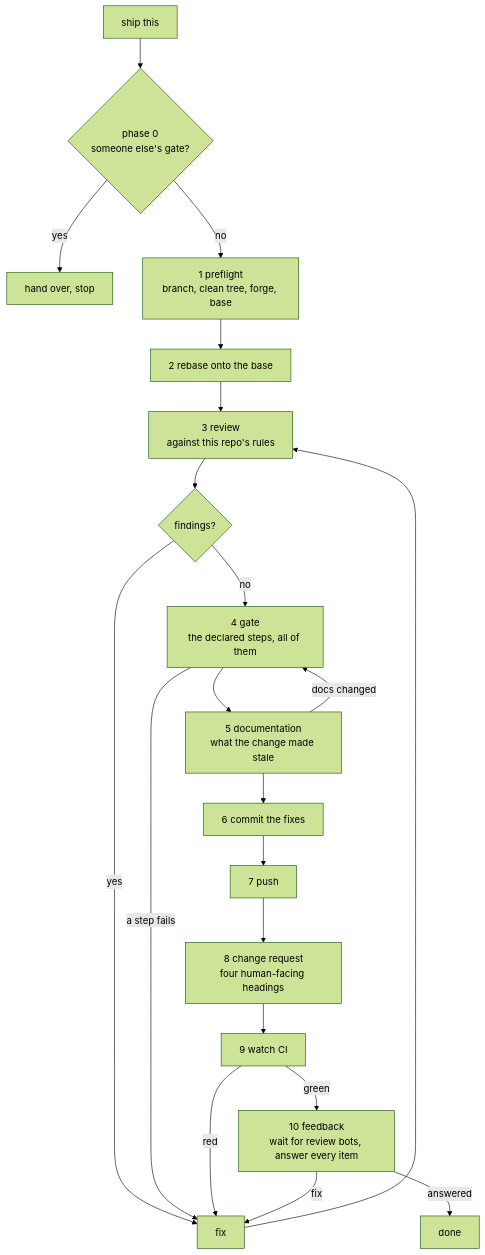
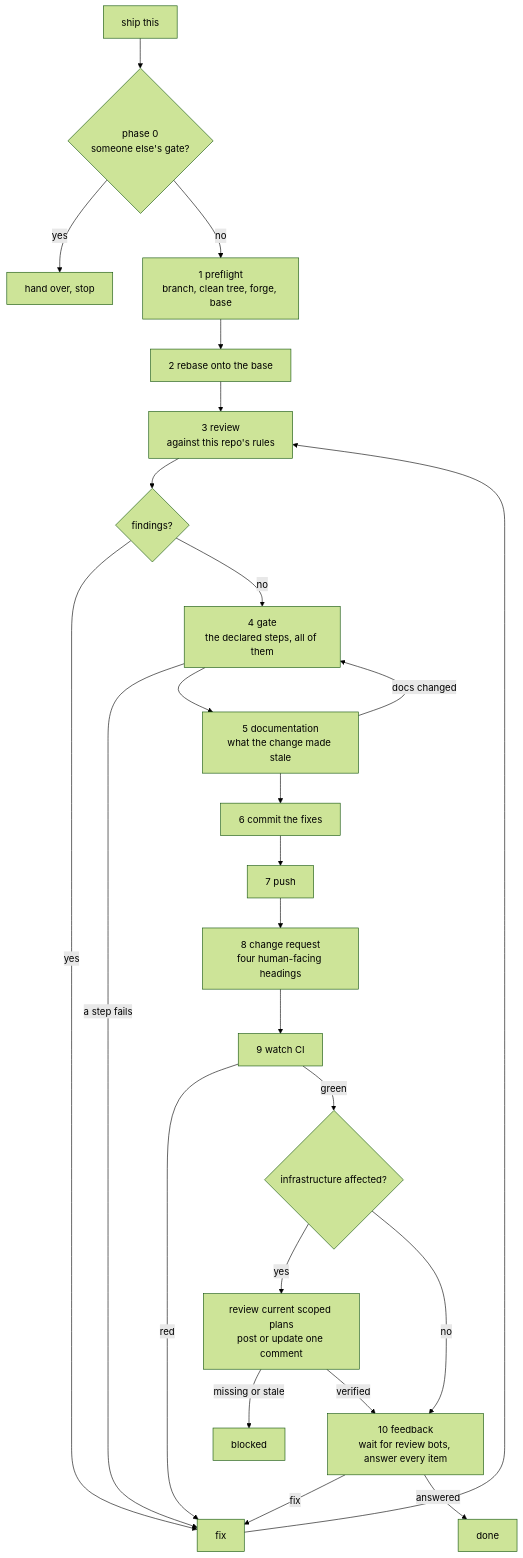
Before and after one commit to LeTuR/publish: the diagram in README.md, drawn with Mermaid (forest theme). The commit also changed other lines of this file and 10 other files, not shown here.

First line of the commit message:
feat: review infrastructure plans during publish (#9)

````diff
--- a/README.md
+++ b/README.md
@@ -45,22 +53,26 @@
 ```mermaid
 flowchart TD
     A["ship this"] --> B{"phase 0<br/>someone else's gate?"}
     B -->|yes| Z["hand over, stop"]
     B -->|no| C["1 preflight<br/>branch, clean tree, forge, base"]
     C --> D["2 rebase onto the base"]
     D --> E["3 review<br/>against this repo's rules"]
     E --> F{"findings?"}
     F -->|yes| G["fix"] --> E
     F -->|no| H["4 gate<br/>the declared steps, all of them"]
     H -->|a step fails| G
     H --> D5["5 documentation<br/>what the change made stale"]
     D5 -->|docs changed| H
     D5 --> I["6 commit the fixes"]
     I --> J["7 push"]
     J --> K["8 change request<br/>four human-facing headings"]
     K --> L["9 watch CI"]
     L -->|red| G
-    L -->|green| Q["10 feedback<br/>wait for review bots, answer every item"]
+    L -->|green| P{"infrastructure affected?"}
+    P -->|yes| R["review current scoped plans<br/>post or update one comment"]
+    R -->|missing or stale| X["blocked"]
+    R -->|verified| Q
+    P -->|no| Q["10 feedback<br/>wait for review bots, answer every item"]
     Q -->|fix| G
     Q -->|answered| M["done"]
 ```
````
